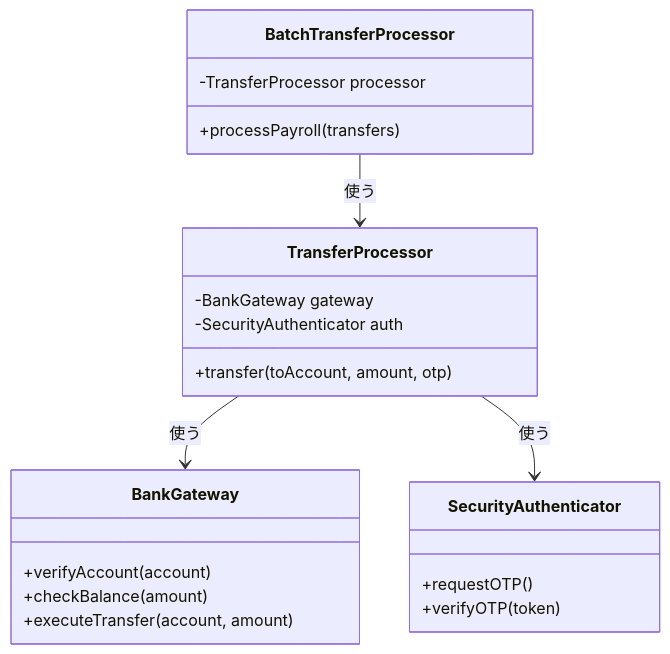
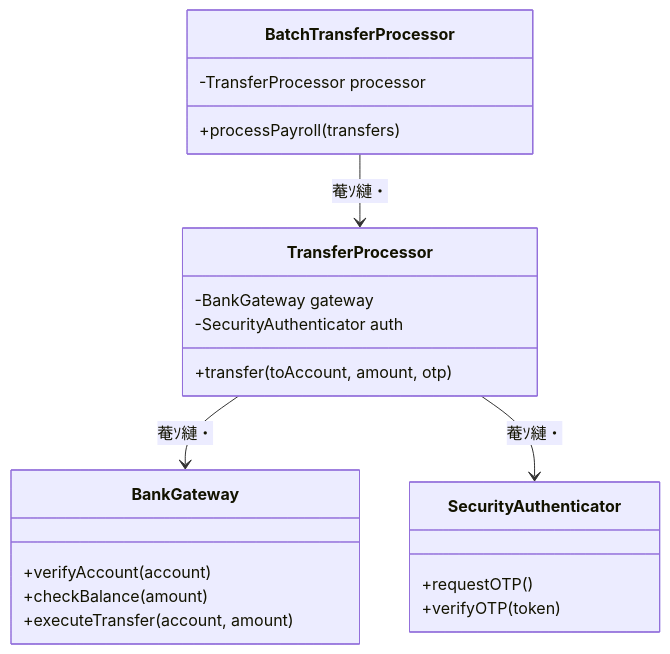
The first of 5 diagrams in kindle/design-patterns/output/chapter02.md (kumachan1101-pixel/DesignPattern), drawn with Mermaid before and after one commit. The commit also changed other lines of this file and 4 other files, not shown here.

````diff
--- a/kindle/design-patterns/output/chapter02.md
+++ b/kindle/design-patterns/output/chapter02.md
@@ -75,25 +75,25 @@
 ```mermaid
 classDiagram
     class BatchTransferProcessor {
         -TransferProcessor processor
         +processPayroll(transfers)
     }
     class TransferProcessor {
         -BankGateway gateway
         -SecurityAuthenticator auth
         +transfer(toAccount, amount, otp)
     }
     class BankGateway {
         +verifyAccount(account)
         +checkBalance(amount)
         +executeTransfer(account, amount)
     }
     class SecurityAuthenticator {
         +requestOTP()
         +verifyOTP(token)
     }
 
-    BatchTransferProcessor --> TransferProcessor : 使う
-    TransferProcessor --> BankGateway : 使う
-    TransferProcessor --> SecurityAuthenticator : 使う
+    BatchTransferProcessor --> TransferProcessor : 菴ｿ縺・
+    TransferProcessor --> BankGateway : 菴ｿ縺・
+    TransferProcessor --> SecurityAuthenticator : 菴ｿ縺・
 ```
````
